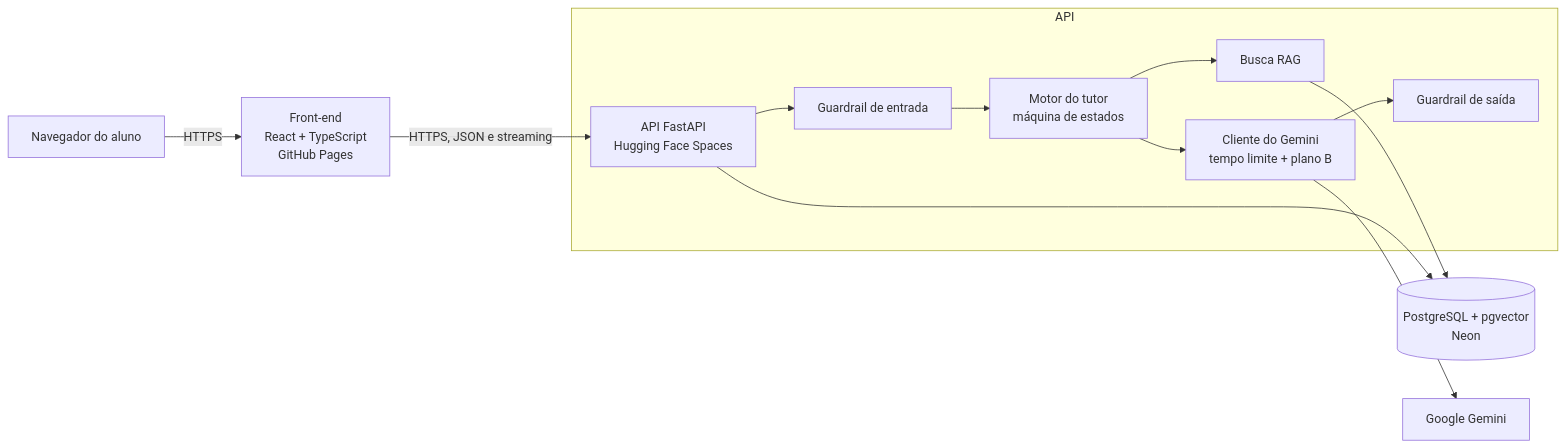
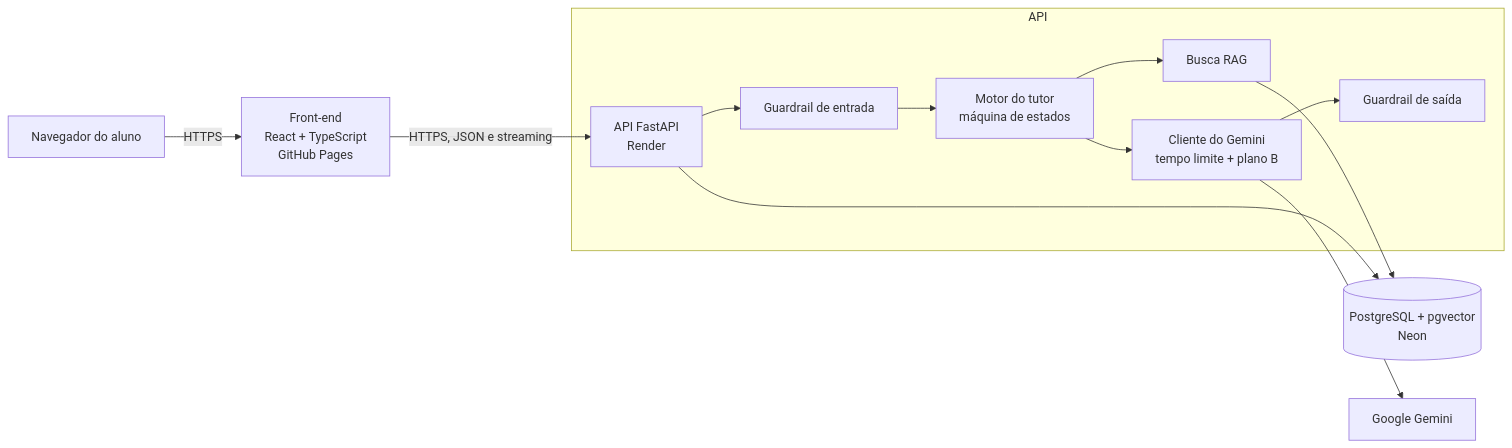
One commit to sabrinasiilva/pista-enem changed the first of 3 diagrams in docs/ARQUITETURA.md. Above: the diagram before and after it, drawn with Mermaid. The commit also changed other lines of this file and 14 other files, not shown here.

````diff
--- a/docs/ARQUITETURA.md
+++ b/docs/ARQUITETURA.md
@@ -5,15 +5,15 @@
 ```mermaid
 flowchart LR
     U[Navegador do aluno] -->|HTTPS| F[Front-end<br/>React + TypeScript<br/>GitHub Pages]
-    F -->|HTTPS, JSON e streaming| A[API FastAPI<br/>Hugging Face Spaces]
+    F -->|HTTPS, JSON e streaming| A[API FastAPI<br/>Render]
     subgraph API
       A --> G1[Guardrail de entrada]
       G1 --> T[Motor do tutor<br/>máquina de estados]
       T --> R[Busca RAG]
       T --> L[Cliente do Gemini<br/>tempo limite + plano B]
       L --> G2[Guardrail de saída]
     end
     R --> D[(PostgreSQL + pgvector<br/>Neon)]
     A --> D
     L --> GM[Google Gemini]
 ```
````
